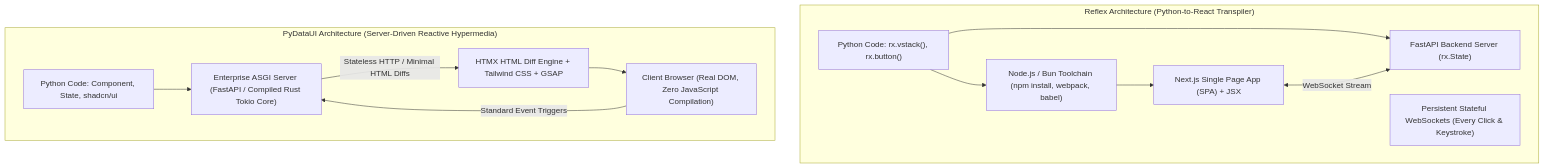
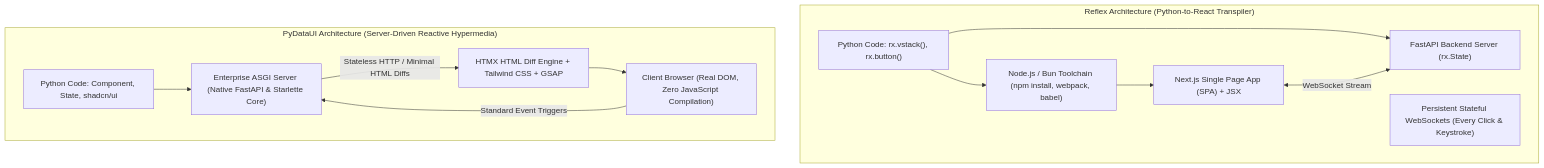
Before and after one commit to rajboopathiking/pydataui: the diagram in docs/PYDATAUI_VS_REFLEX.md, drawn with Mermaid. The commit also changed other lines of this file and 18 other files, not shown here.

````diff
--- a/docs/PYDATAUI_VS_REFLEX.md
+++ b/docs/PYDATAUI_VS_REFLEX.md
@@ -13,25 +13,25 @@
 ```mermaid
 flowchart TD
     subgraph ReflexModel["Reflex Architecture (Python-to-React Transpiler)"]
         R_Py["Python Code: rx.vstack(), rx.button()"]
         R_Node["Node.js / Bun Toolchain (npm install, webpack, babel)"]
         R_Transpile["Next.js Single Page App (SPA) + JSX"]
         R_FastAPI["FastAPI Backend Server (rx.State)"]
         R_WS["Persistent Stateful WebSockets (Every Click & Keystroke)"]
 
         R_Py --> R_Node --> R_Transpile
         R_Py --> R_FastAPI
         R_Transpile <-->|WebSocket Stream| R_FastAPI
     end
 
     subgraph PyDataUIModel["PyDataUI Architecture (Server-Driven Reactive Hypermedia)"]
         P_Py["Python Code: Component, State, shadcn/ui"]
-        P_ASGI["Enterprise ASGI Server (FastAPI / Compiled Rust Tokio Core)"]
+        P_ASGI["Enterprise ASGI Server (Native FastAPI & Starlette Core)"]
         P_HTMX["HTMX HTML Diff Engine + Tailwind CSS + GSAP"]
         P_DOM["Client Browser (Real DOM, Zero JavaScript Compilation)"]
 
         P_Py --> P_ASGI
         P_ASGI -->|Stateless HTTP / Minimal HTML Diffs| P_HTMX --> P_DOM
         P_DOM -->|Standard Event Triggers| P_ASGI
     end
 ```
````
